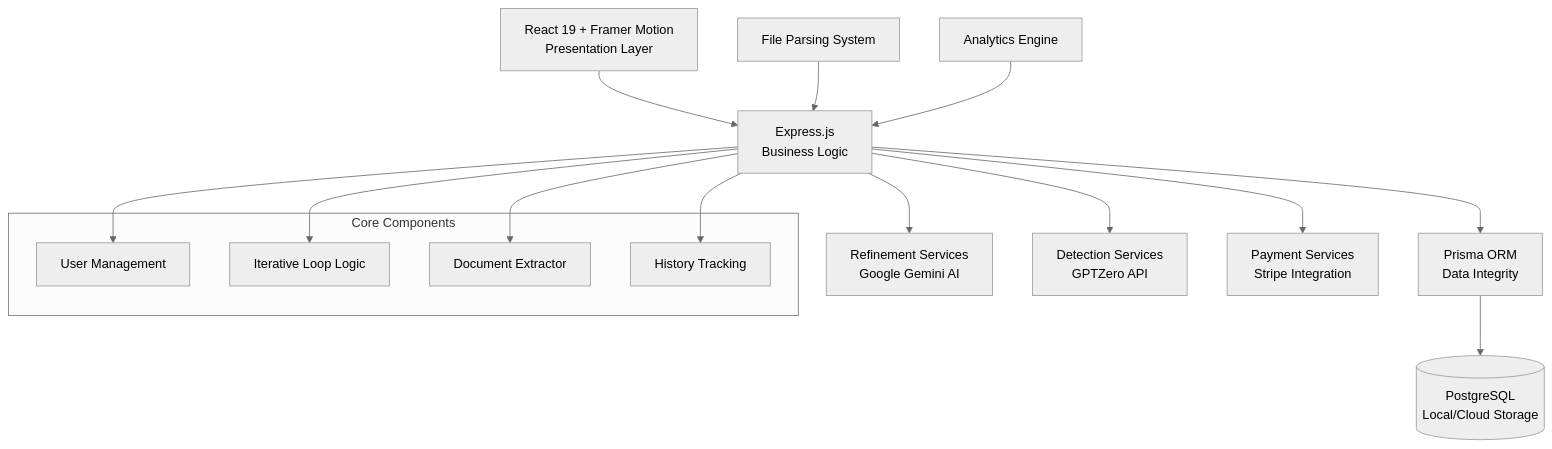
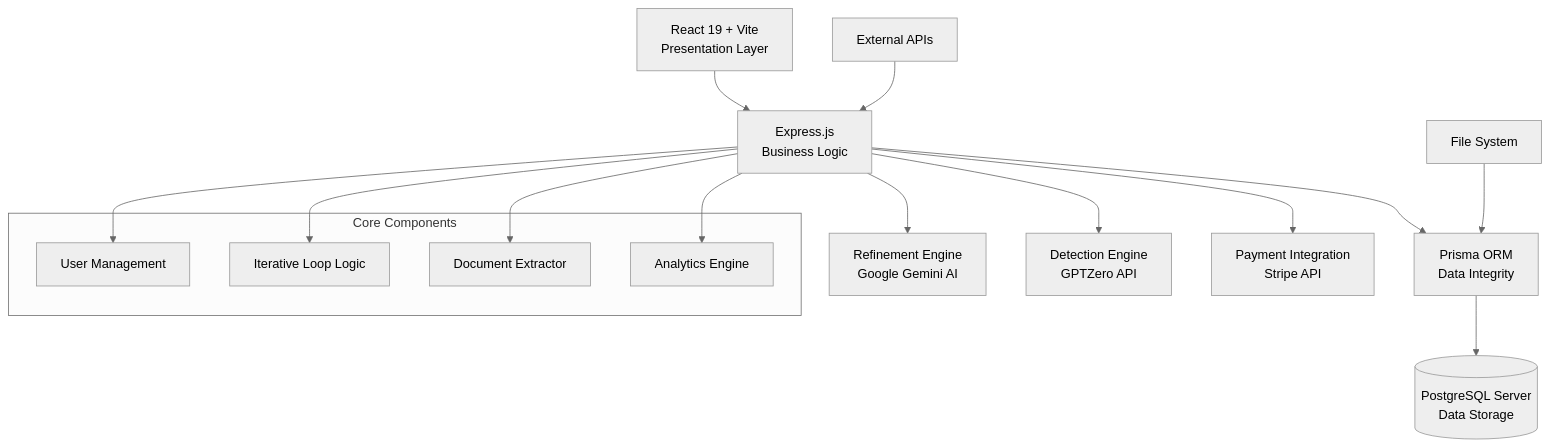
One commit to Sappymukherjee214/AI-Humanizer changed the diagram in README.md. Above: the diagram before and after it, drawn with Mermaid (neutral theme). The commit also changed other lines of this file, not shown here.

````diff
--- a/README.md
+++ b/README.md
@@ -45,25 +45,25 @@
 ```mermaid
 graph TB
-    A[React 19 + Framer Motion<br/>Presentation Layer] --> B[Express.js<br/>Business Logic]
+    A[React 19 + Vite<br/>Presentation Layer] --> B[Express.js<br/>Business Logic]
     B --> C[Prisma ORM<br/>Data Integrity]
-    C --> D[(PostgreSQL<br/>Local/Cloud Storage)]
+    C --> D[(PostgreSQL Server<br/>Data Storage)]
 
-    B --> E[Refinement Services<br/>Google Gemini AI]
-    B --> F[Detection Services<br/>GPTZero API]
-    B --> G[Payment Services<br/>Stripe Integration]
+    B --> E[Refinement Engine<br/>Google Gemini AI]
+    B --> F[Detection Engine<br/>GPTZero API]
+    B --> G[Payment Integration<br/>Stripe API]
 
-    H[File Parsing System] --> B
-    I[Analytics Engine] --> B
+    H[File System] --> C
+    I[External APIs] --> B
 
     subgraph "Core Components"
         J[User Management]
         K[Iterative Loop Logic]
         L[Document Extractor]
-        M[History Tracking]
+        M[Analytics Engine]
     end
 
     B --> J
     B --> K
     B --> L
     B --> M
 ```
````
